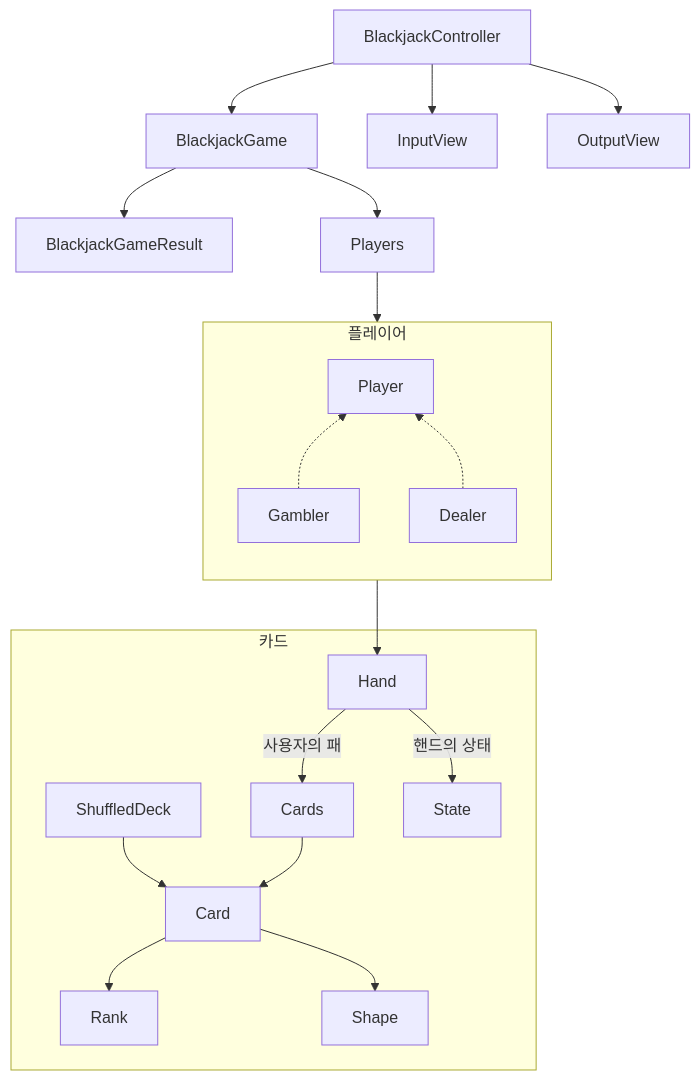
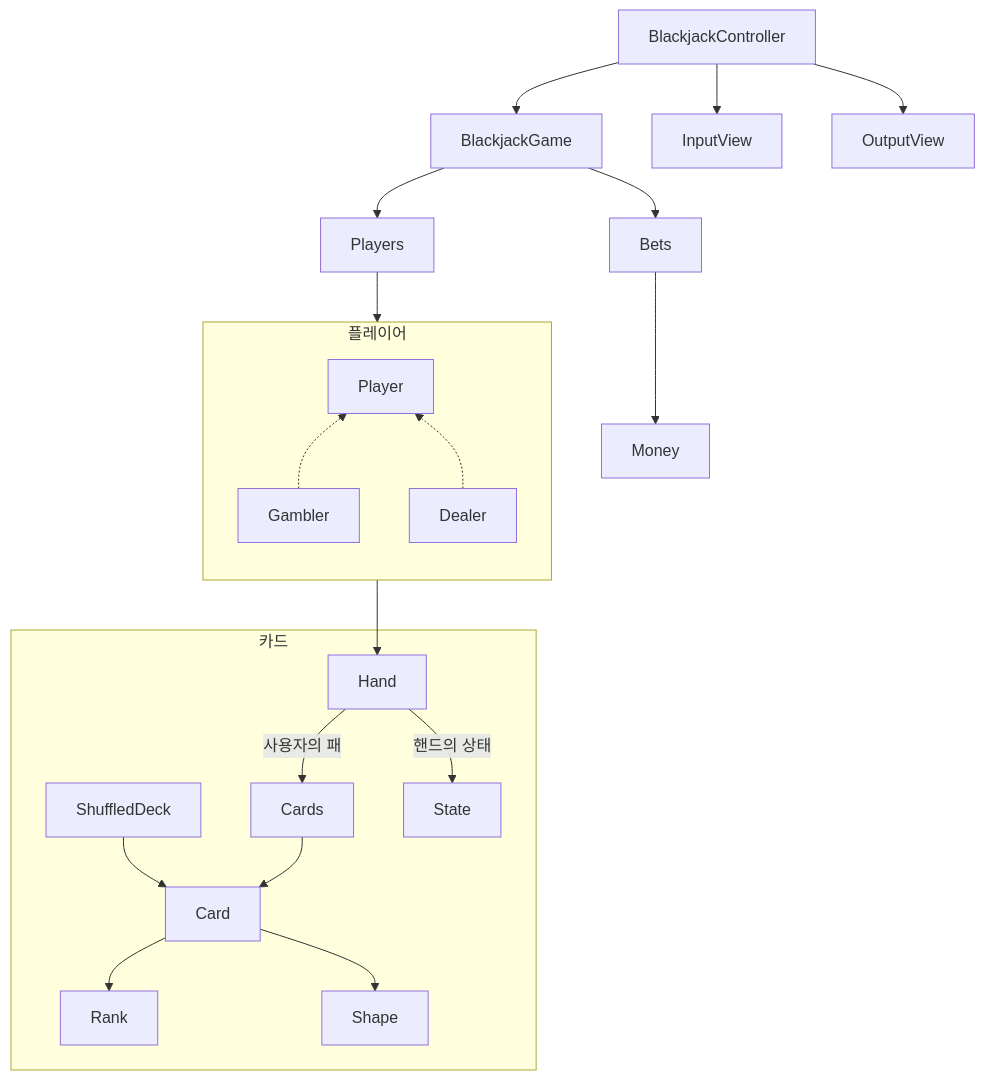
Before and after one commit to woowacourse/java-blackjack: the diagram in README.md, drawn with Mermaid. The commit also changed other lines of this file, not shown here.

````diff
--- a/README.md
+++ b/README.md
@@ -11,26 +11,26 @@
 ```mermaid
 flowchart TD
     BlackjackController --> BlackjackGame
     BlackjackController --> InputView
     BlackjackController --> OutputView
 
-    BlackjackGame --> BlackjackGameResult
+    BlackjackGame --> Bets --> Money
     BlackjackGame --> Players
 
     subgraph 카드
         ShuffledDeck --> Card
         Card --> Rank
         Card --> Shape
         Cards --> Card
         Hand -- 사용자의 패 --> Cards
         Hand -- 핸드의 상태 --> State
     end
 
     Players --> 플레이어 --> Hand
 
     subgraph 플레이어
         direction BT
         Gambler -.-> Player
         Dealer -.-> Player
     end
 ```
````
